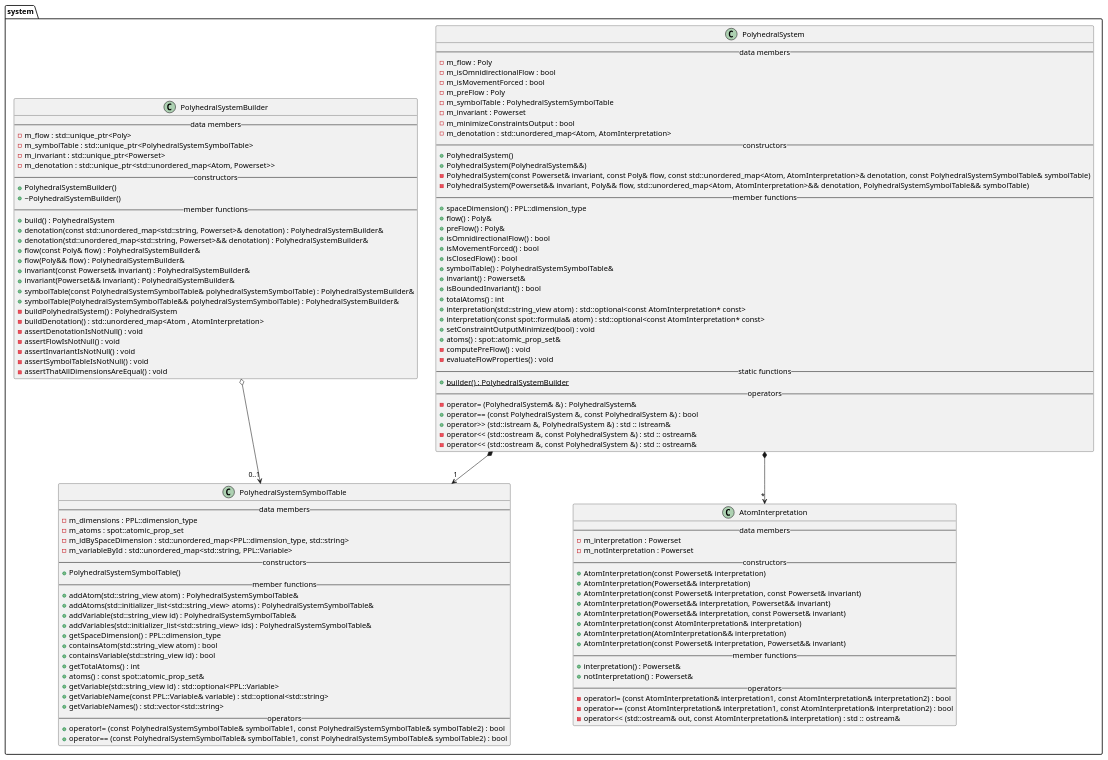
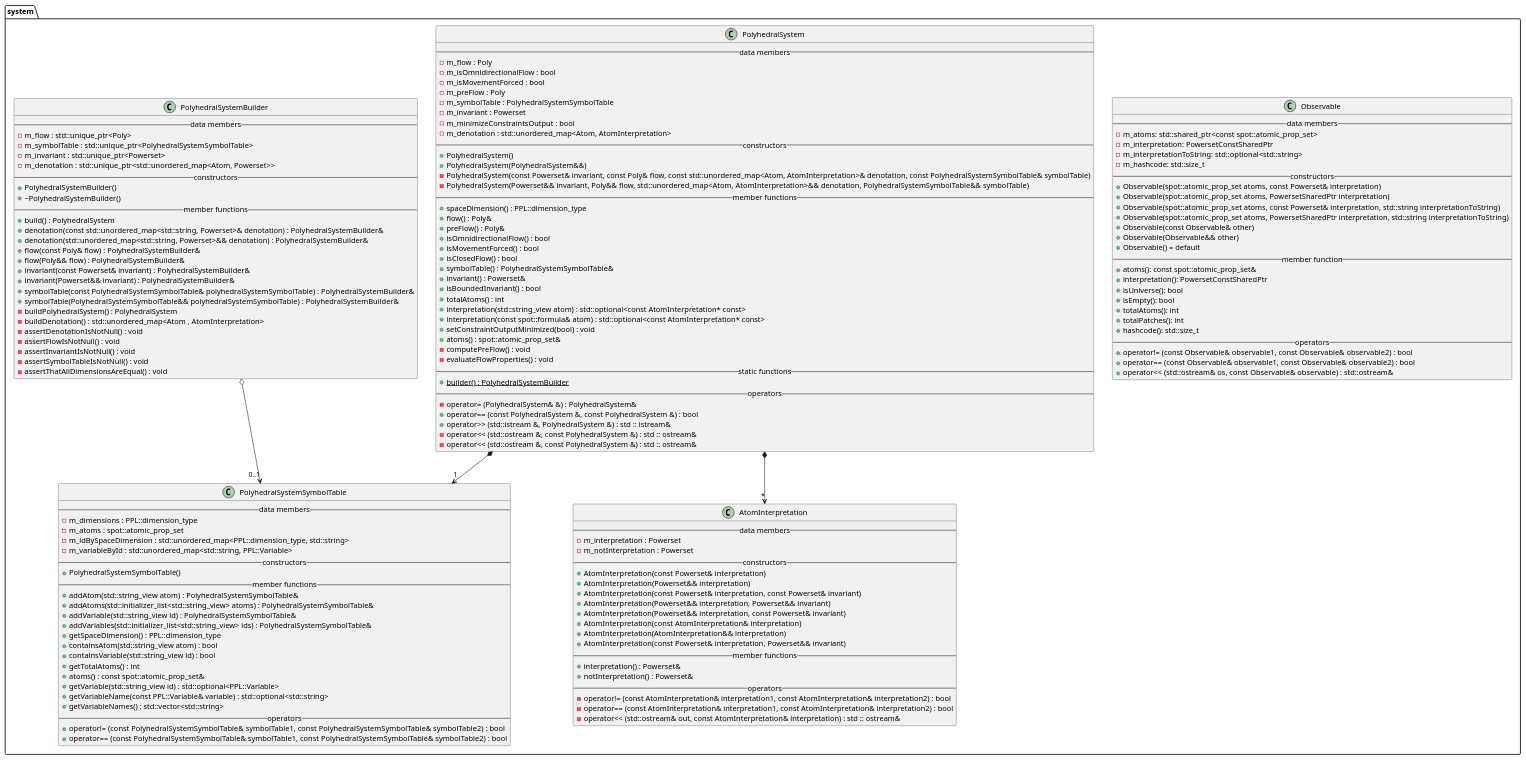
The diagram in docs/plantuml/system.puml (vtramo/rtl-mc), drawn with PlantUML before and after one commit. The commit also changed 3 other files, not shown here.

```diff
--- a/docs/plantuml/system.puml
+++ b/docs/plantuml/system.puml
@@ -1,125 +1,153 @@
 @startuml
 package system {
+    class Observable {
+        --data members--
+        -m_atoms: std::shared_ptr<const spot::atomic_prop_set>
+        -m_interpretation: PowersetConstSharedPtr
+        -m_interpretationToString: std::optional<std::string>
+        -m_hashcode: std::size_t
+        --constructors--
+        +Observable(spot::atomic_prop_set atoms, const Powerset& interpretation)
+        +Observable(spot::atomic_prop_set atoms, PowersetSharedPtr interpretation)
+        +Observable(spot::atomic_prop_set atoms, const Powerset& interpretation, std::string interpretationToString)
+        +Observable(spot::atomic_prop_set atoms, PowersetSharedPtr interpretation, std::string interpretationToString)
+        +Observable(const Observable& other)
+        +Observable(Observable&& other)
+        +Observable() = default
+        --member function--
+        +atoms(): const spot::atomic_prop_set&
+        +interpretation(): PowersetConstSharedPtr
+        +isUniverse(): bool
+        +isEmpty(): bool
+        +totalAtoms(): int
+        +totalPatches(): int
+        +hashcode(): std::size_t
+        --operators--
+        +operator!= (const Observable& observable1, const Observable& observable2) : bool
+        +operator== (const Observable& observable1, const Observable& observable2) : bool
+        +operator<< (std::ostream& os, const Observable& observable) : std::ostream&
+    }
+
     class AtomInterpretation {
         --data members--
         -m_interpretation : Powerset
         -m_notInterpretation : Powerset
         --constructors--
         +AtomInterpretation(const Powerset& interpretation)
         +AtomInterpretation(Powerset&& interpretation)
         +AtomInterpretation(const Powerset& interpretation, const Powerset& invariant)
         +AtomInterpretation(Powerset&& interpretation, Powerset&& invariant)
         +AtomInterpretation(Powerset&& interpretation, const Powerset& invariant)
         +AtomInterpretation(const AtomInterpretation& interpretation)
         +AtomInterpretation(AtomInterpretation&& interpretation)
         +AtomInterpretation(const Powerset& interpretation, Powerset&& invariant)
         --member functions--
         +interpretation() : Powerset&
         +notInterpretation() : Powerset&
         --operators--
         -operator!= (const AtomInterpretation& interpretation1, const AtomInterpretation& interpretation2) : bool
         -operator== (const AtomInterpretation& interpretation1, const AtomInterpretation& interpretation2) : bool
         -operator<< (std::ostream& out, const AtomInterpretation& interpretation) : std :: ostream&
     }
 
     class PolyhedralSystem {
         --data members--
         -m_flow : Poly
         -m_isOmnidirectionalFlow : bool
         -m_isMovementForced : bool
         -m_preFlow : Poly
         -m_symbolTable : PolyhedralSystemSymbolTable
         -m_invariant : Powerset
         -m_minimizeConstraintsOutput : bool
         -m_denotation : std::unordered_map<Atom, AtomInterpretation>
         --constructors--
         +PolyhedralSystem()
         +PolyhedralSystem(PolyhedralSystem&&)
         -PolyhedralSystem(const Powerset& invariant, const Poly& flow, const std::unordered_map<Atom, AtomInterpretation>& denotation, const PolyhedralSystemSymbolTable& symbolTable)
         -PolyhedralSystem(Powerset&& invariant, Poly&& flow, std::unordered_map<Atom, AtomInterpretation>&& denotation, PolyhedralSystemSymbolTable&& symbolTable)
         --member functions--
         +spaceDimension() : PPL::dimension_type
         +flow() : Poly&
         +preFlow() : Poly&
         +isOmnidirectionalFlow() : bool
         +isMovementForced() : bool
         +isClosedFlow() : bool
         +symbolTable() : PolyhedralSystemSymbolTable&
         +invariant() : Powerset&
         +isBoundedInvariant() : bool
         +totalAtoms() : int
         +interpretation(std::string_view atom) : std::optional<const AtomInterpretation* const>
         +interpretation(const spot::formula& atom) : std::optional<const AtomInterpretation* const>
         +setConstraintOutputMinimized(bool) : void
         +atoms() : spot::atomic_prop_set&
         -computePreFlow() : void
         -evaluateFlowProperties() : void
         --static functions--
         +{static} builder() : PolyhedralSystemBuilder
         --operators--
         -operator= (PolyhedralSystem& &) : PolyhedralSystem&
         +operator== (const PolyhedralSystem &, const PolyhedralSystem &) : bool
         +operator>> (std::istream &, PolyhedralSystem &) : std :: istream&
         -operator<< (std::ostream &, const PolyhedralSystem &) : std :: ostream&
         -operator<< (std::ostream &, const PolyhedralSystem &) : std :: ostream&
     }
 
     class PolyhedralSystemBuilder {
         --data members--
         -m_flow : std::unique_ptr<Poly>
         -m_symbolTable : std::unique_ptr<PolyhedralSystemSymbolTable>
         -m_invariant : std::unique_ptr<Powerset>
         -m_denotation : std::unique_ptr<std::unordered_map<Atom, Powerset>>
         --constructors--
         +PolyhedralSystemBuilder()
         +~PolyhedralSystemBuilder()
         --member functions--
         +build() : PolyhedralSystem
         +denotation(const std::unordered_map<std::string, Powerset>& denotation) : PolyhedralSystemBuilder&
         +denotation(std::unordered_map<std::string, Powerset>&& denotation) : PolyhedralSystemBuilder&
         +flow(const Poly& flow) : PolyhedralSystemBuilder&
         +flow(Poly&& flow) : PolyhedralSystemBuilder&
         +invariant(const Powerset& invariant) : PolyhedralSystemBuilder&
         +invariant(Powerset&& invariant) : PolyhedralSystemBuilder&
         +symbolTable(const PolyhedralSystemSymbolTable& polyhedralSystemSymbolTable) : PolyhedralSystemBuilder&
         +symbolTable(PolyhedralSystemSymbolTable&& polyhedralSystemSymbolTable) : PolyhedralSystemBuilder&
         -buildPolyhedralSystem() : PolyhedralSystem
         -buildDenotation() : std::unordered_map<Atom , AtomInterpretation>
         -assertDenotationIsNotNull() : void
         -assertFlowIsNotNull() : void
         -assertInvariantIsNotNull() : void
         -assertSymbolTableIsNotNull() : void
         -assertThatAllDimensionsAreEqual() : void
     }
 
     class PolyhedralSystemSymbolTable {
         --data members--
         -m_dimensions : PPL::dimension_type
         -m_atoms : spot::atomic_prop_set
         -m_idBySpaceDimension : std::unordered_map<PPL::dimension_type, std::string>
         -m_variableById : std::unordered_map<std::string, PPL::Variable>
         --constructors--
         +PolyhedralSystemSymbolTable()
         --member functions--
         +addAtom(std::string_view atom) : PolyhedralSystemSymbolTable&
         +addAtoms(std::initializer_list<std::string_view> atoms) : PolyhedralSystemSymbolTable&
         +addVariable(std::string_view id) : PolyhedralSystemSymbolTable&
         +addVariables(std::initializer_list<std::string_view> ids) : PolyhedralSystemSymbolTable&
         +getSpaceDimension() : PPL::dimension_type
         +containsAtom(std::string_view atom) : bool
         +containsVariable(std::string_view id) : bool
         +getTotalAtoms() : int
         +atoms() : const spot::atomic_prop_set&
         +getVariable(std::string_view id) : std::optional<PPL::Variable>
         +getVariableName(const PPL::Variable& variable) : std::optional<std::string>
         +getVariableNames() : std::vector<std::string>
         --operators--
         +operator!= (const PolyhedralSystemSymbolTable& symbolTable1, const PolyhedralSystemSymbolTable& symbolTable2) : bool
         +operator== (const PolyhedralSystemSymbolTable& symbolTable1, const PolyhedralSystemSymbolTable& symbolTable2) : bool
     }
 
     PolyhedralSystem *-->"*" AtomInterpretation
     PolyhedralSystem *-->"1" PolyhedralSystemSymbolTable
     PolyhedralSystemBuilder o-->"0..1" PolyhedralSystemSymbolTable
 }
 @enduml
```
